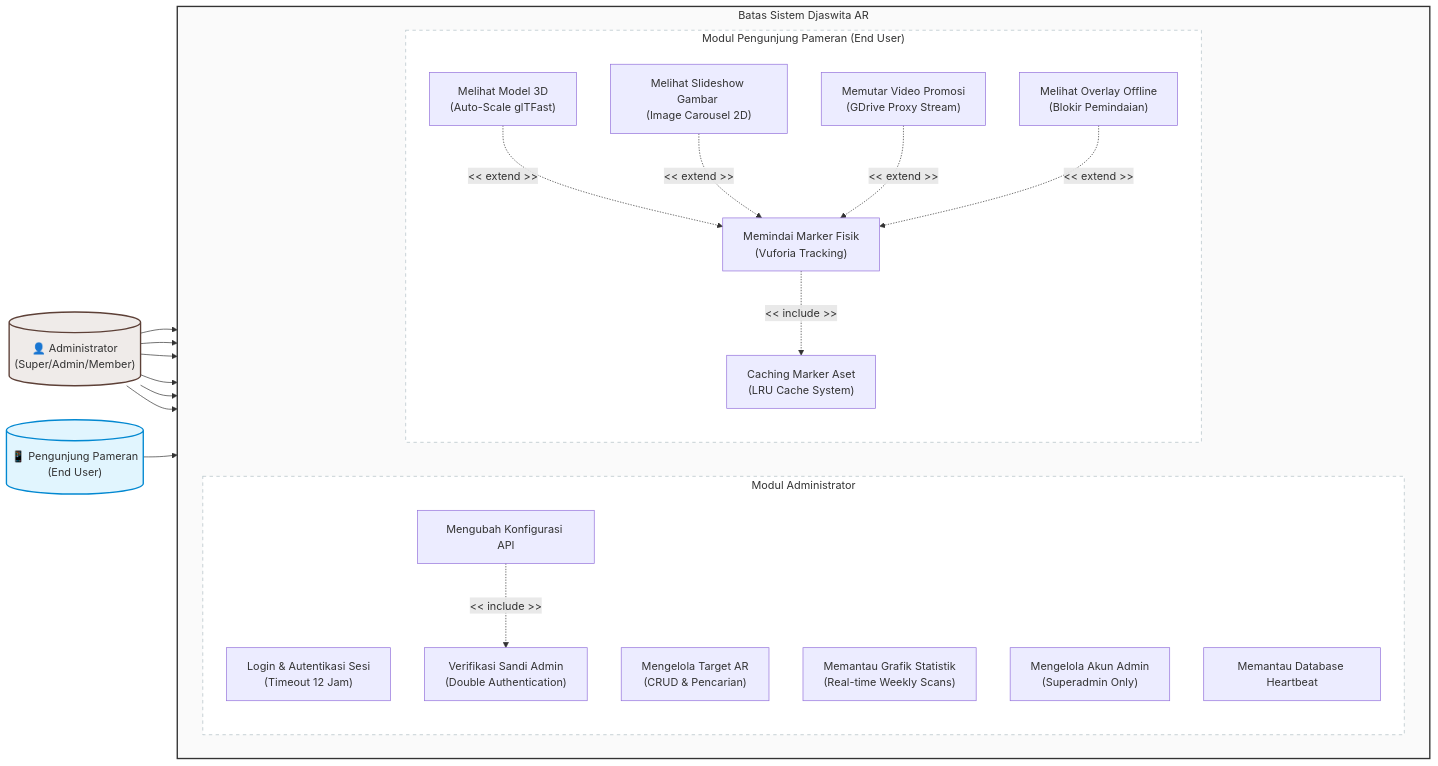
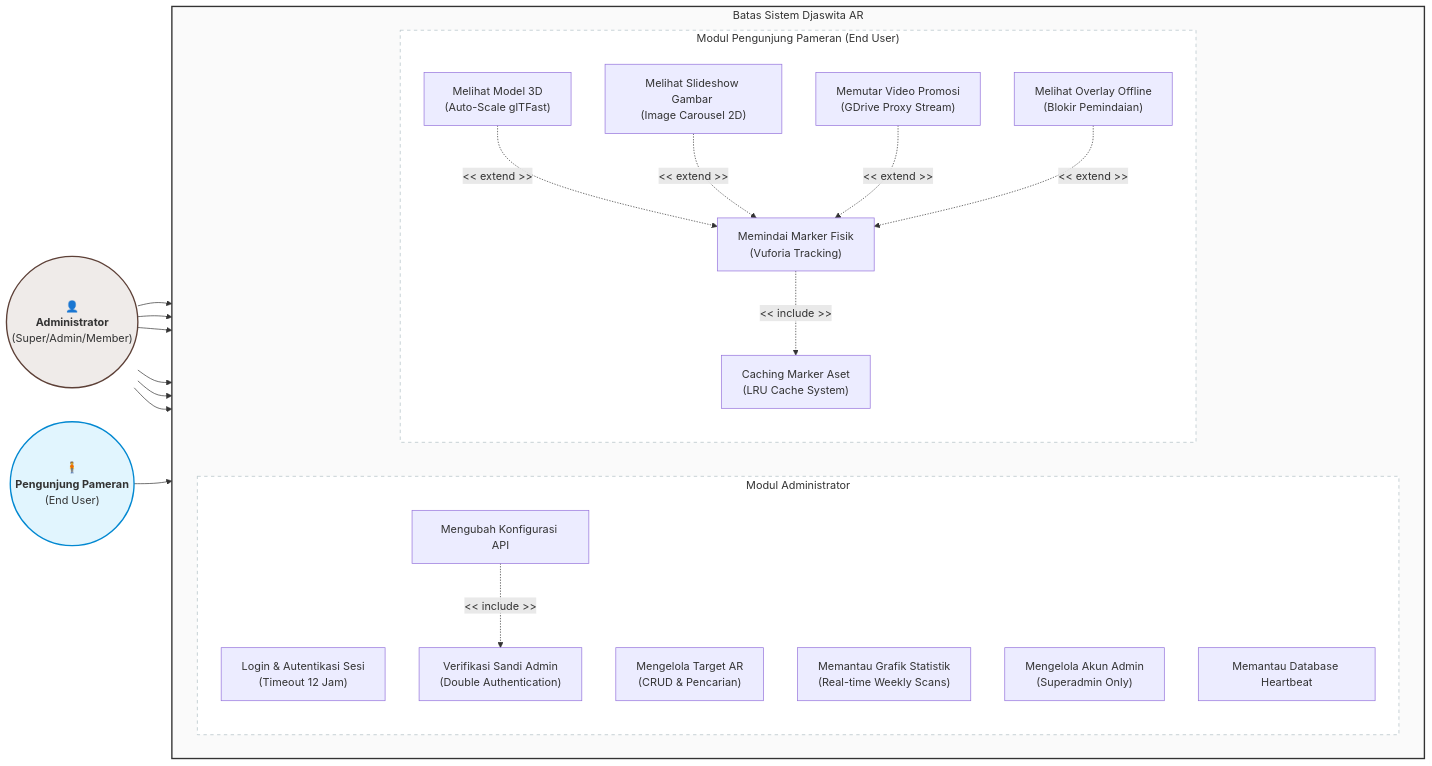
The second of 3 diagrams in WebAdmin/docs/diagram/diagram.md (MyusiZ3/DjaswitaAR-Fix), drawn with Mermaid before and after one commit.

Commit message:
docs: restyle Use Case actors as circular UML-badge nodes
- Replaced cylinder shapes for Admin and User actors with rounded circle nodes ((...)) in 'diagram.md'.
- Integrated the standard '🧍' standing person emoji to represent the Pengunjung Pameran actor, aligned with standard UML actor representation.

````diff
--- a/WebAdmin/docs/diagram/diagram.md
+++ b/WebAdmin/docs/diagram/diagram.md
@@ -70,58 +70,58 @@
 ```mermaid
 graph LR
     %% Definisi Aktor
-    Admin[("👤 Administrator <br>(Super/Admin/Member)")]
-    User[("📱 Pengunjung Pameran <br>(End User)")]
+    Admin(("👤<br><b>Administrator</b><br>(Super/Admin/Member)"))
+    User(("🧍<br><b>Pengunjung Pameran</b><br>(End User)"))
 
     %% Batas Sistem (System Boundary)
     subgraph SystemBoundary ["Batas Sistem Djaswita AR"]
         direction LR
         
         subgraph AdminModule ["Modul Administrator"]
             direction TB
             UC_Login["Login & Autentikasi Sesi <br>(Timeout 12 Jam)"]
             UC_CRUD["Mengelola Target AR <br>(CRUD & Pencarian)"]
             UC_Config["Mengubah Konfigurasi API"]
             UC_DoubleAuth["Verifikasi Sandi Admin <br>(Double Authentication)"]
             UC_ViewStats["Memantau Grafik Statistik <br>(Real-time Weekly Scans)"]
             UC_ManageAdmin["Mengelola Akun Admin <br>(Superadmin Only)"]
             UC_Hearbeat["Memantau Database Heartbeat"]
         end
 
         subgraph UserModule ["Modul Pengunjung Pameran (End User)"]
             direction TB
             UC_ScanMarker["Memindai Marker Fisik <br>(Vuforia Tracking)"]
             UC_View3D["Melihat Model 3D <br>(Auto-Scale glTFast)"]
             UC_ViewCarousel["Melihat Slideshow Gambar <br>(Image Carousel 2D)"]
             UC_PlayVideo["Memutar Video Promosi <br>(GDrive Proxy Stream)"]
             UC_OfflineOverlay["Melihat Overlay Offline <br>(Blokir Pemindaian)"]
             UC_CacheMarker["Caching Marker Aset <br>(LRU Cache System)"]
         end
     end
 
     %% Hubungan Aktor ke Use Case
     Admin --> UC_Login
     Admin --> UC_CRUD
     Admin --> UC_Config
     Admin --> UC_ViewStats
     Admin --> UC_ManageAdmin
     Admin --> UC_Hearbeat
 
     User --> UC_ScanMarker
 
     %% Relasi Include / Extend
     UC_Config -. "<< include >>" .-> UC_DoubleAuth
     UC_ScanMarker -. "<< include >>" .-> UC_CacheMarker
     
     UC_View3D -. "<< extend >>" .-> UC_ScanMarker
     UC_ViewCarousel -. "<< extend >>" .-> UC_ScanMarker
     UC_PlayVideo -. "<< extend >>" .-> UC_ScanMarker
     UC_OfflineOverlay -. "<< extend >>" .-> UC_ScanMarker
 
     %% Styling Warna
     style Admin fill:#efebe9,stroke:#5d4037,stroke-width:2px;
     style User fill:#e1f5fe,stroke:#0288d1,stroke-width:2px;
     style SystemBoundary fill:#fafafa,stroke:#333,stroke-width:2px;
     style AdminModule fill:#ffffff,stroke:#b0bec5,stroke-width:1px,stroke-dasharray: 5 5;
     style UserModule fill:#ffffff,stroke:#b0bec5,stroke-width:1px,stroke-dasharray: 5 5;
 ```
````
